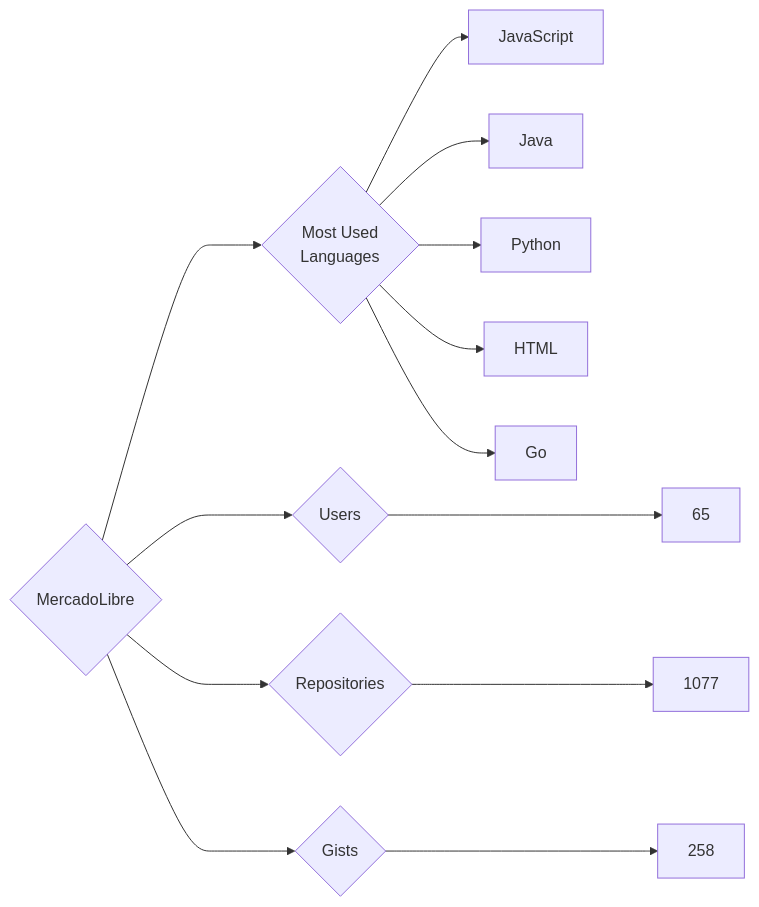
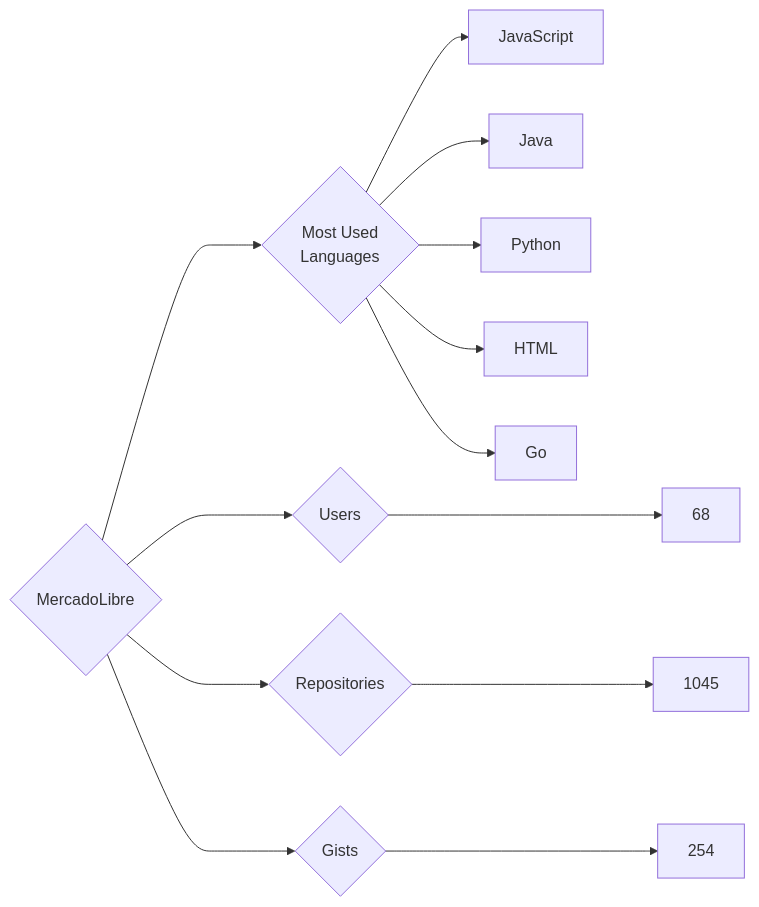
The diagram in targets/MercadoLibre/README.md (trickest/insiders), drawn with Mermaid before and after one commit. The commit also changed 972 other files, not shown here.

````diff
--- a/targets/MercadoLibre/README.md
+++ b/targets/MercadoLibre/README.md
@@ -3,13 +3,13 @@
 ```mermaid
 graph LR
 COMPANY_NAME{MercadoLibre}
-COMPANY_NAME ---> U{Users} ---> UN[65]
-COMPANY_NAME ---> R{Repositories} ---> RN[1077]
-COMPANY_NAME ---> G{Gists} ---> GN[258]
+COMPANY_NAME ---> U{Users} ---> UN[68]
+COMPANY_NAME ---> R{Repositories} ---> RN[1045]
+COMPANY_NAME ---> G{Gists} ---> GN[254]
 COMPANY_NAME ---> ML{Most Used<br>Languages}
 ML --> JavaScript[JavaScript]
 ML --> Java[Java]
 ML --> Python[Python]
 ML --> HTML[HTML]
 ML --> Go[Go]
 ```
````
